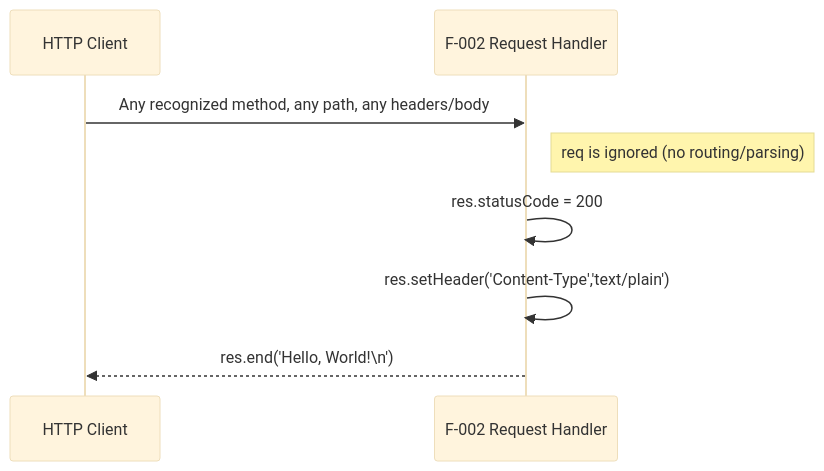
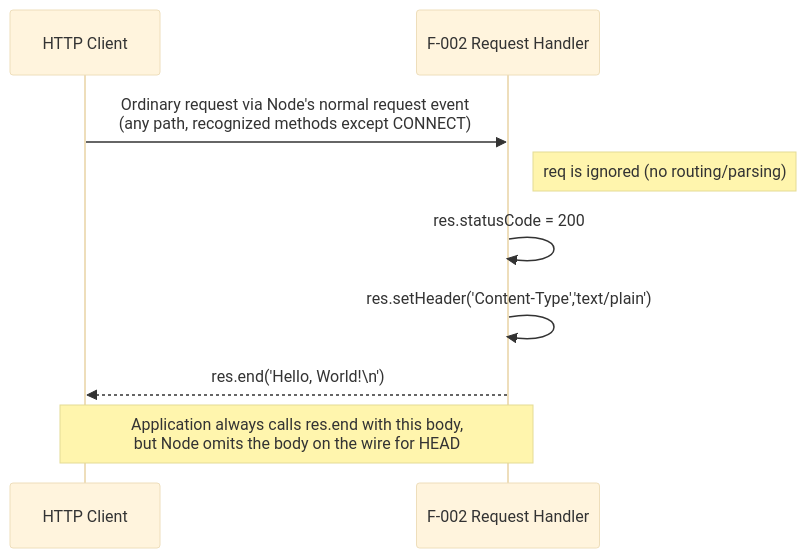
One commit to ajitblitzy/Ajit_GH_Repo-12-Mar-26 changed the third of 3 diagrams in docs/architecture.md. Above: the diagram before and after it, drawn with Mermaid (base theme). The commit also changed 3 other files, not shown here.

````diff
--- a/docs/architecture.md
+++ b/docs/architecture.md
@@ -61,10 +61,11 @@
 ```mermaid
 sequenceDiagram
     participant C as HTTP Client
     participant S as F-002 Request Handler
-    C->>S: Any recognized method, any path, any headers/body
+    C->>S: Ordinary request via Node's normal request event<br/>(any path, recognized methods except CONNECT)
     Note right of S: req is ignored (no routing/parsing)
     S->>S: res.statusCode = 200
     S->>S: res.setHeader('Content-Type','text/plain')
     S-->>C: res.end('Hello, World!\n')
+    Note over S,C: Application always calls res.end with this body,<br/>but Node omits the body on the wire for HEAD
 ```
````
